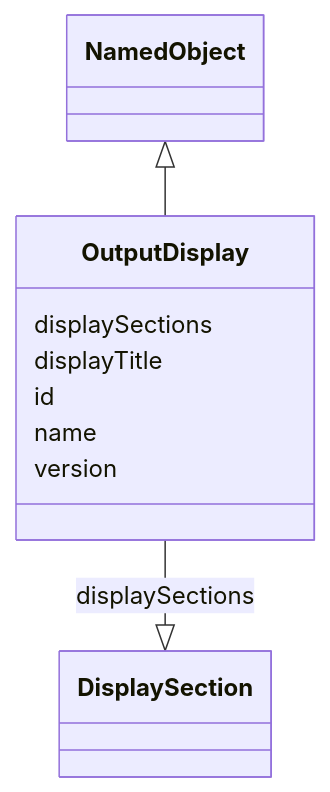
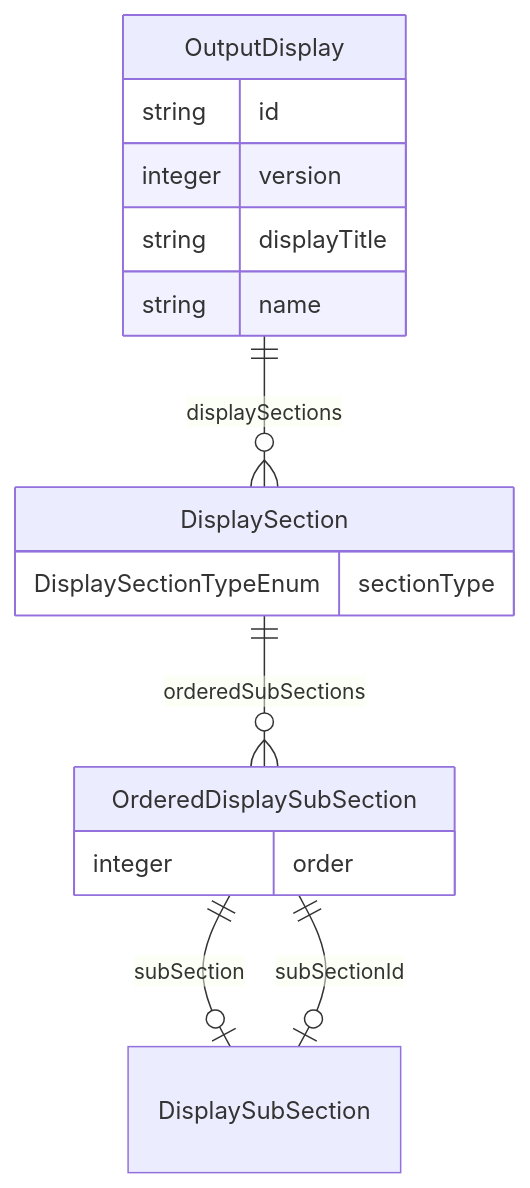
Before and after one commit to cdisc-org/analysis-results-standard: the diagram in project/docs/OutputDisplay.md, drawn with Mermaid. The commit also changed 131 other files, not shown here.

Commit message:
Add top-level diagram to documentation

````diff
--- a/project/docs/OutputDisplay.md
+++ b/project/docs/OutputDisplay.md
@@ -14,19 +13,21 @@
 ```mermaid
- classDiagram
-    class OutputDisplay
-      NamedObject <|-- OutputDisplay
-      
-      OutputDisplay : displaySections
-        
-          OutputDisplay --|> DisplaySection : displaySections
-        
-      OutputDisplay : displayTitle
-        
-      OutputDisplay : id
-        
-      OutputDisplay : name
-        
-      OutputDisplay : version
-        
-      
+erDiagram
+OutputDisplay {
+    string id  
+    integer version  
+    string displayTitle  
+    string name  
+}
+DisplaySection {
+    DisplaySectionTypeEnum sectionType  
+}
+OrderedDisplaySubSection {
+    integer order  
+}
+
+OutputDisplay ||--}o DisplaySection : "displaySections"
+DisplaySection ||--}o OrderedDisplaySubSection : "orderedSubSections"
+OrderedDisplaySubSection ||--|o DisplaySubSection : "subSection"
+OrderedDisplaySubSection ||--|o DisplaySubSection : "subSectionId"
+
 ```
````
